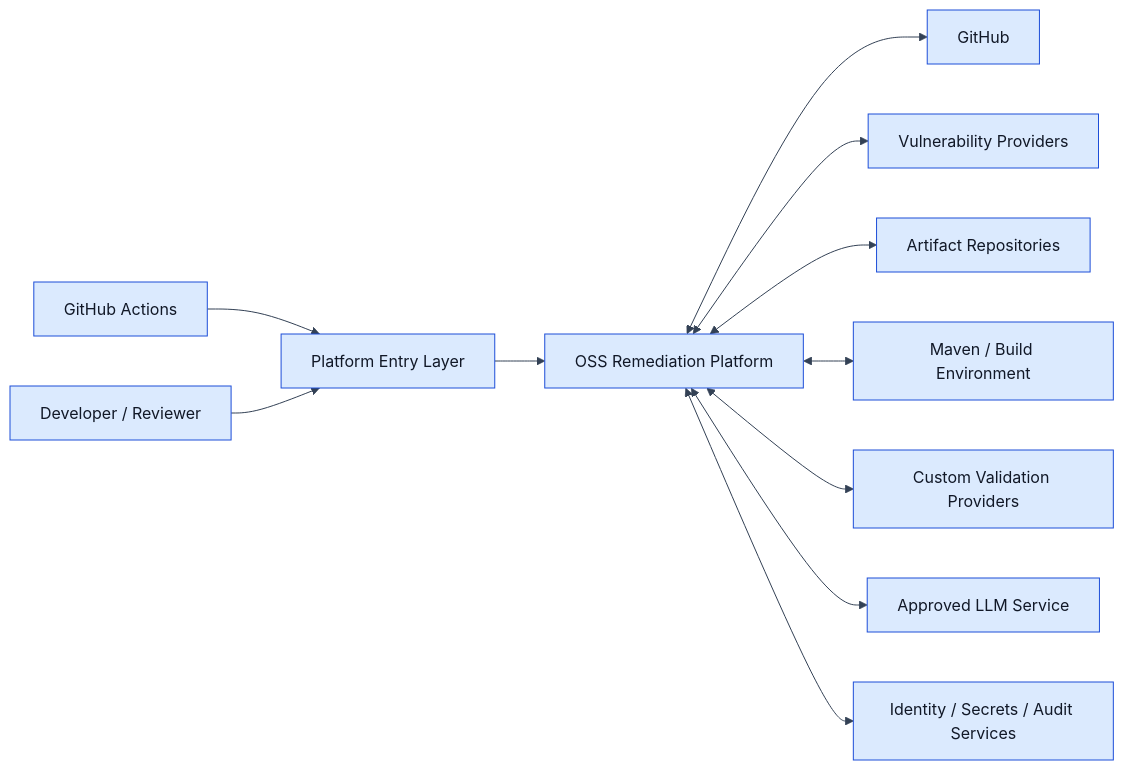
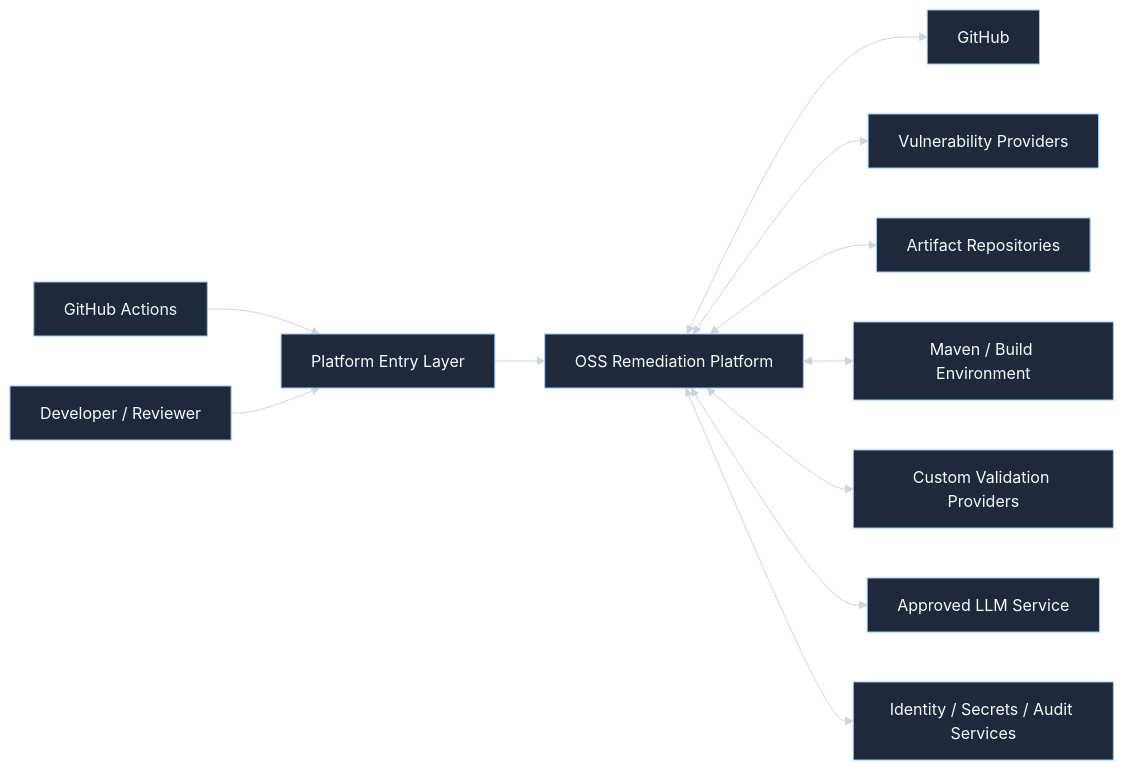
One commit to AILearner365/oss-remediation-adk changed the first of 8 diagrams in docs/04-system-architecture.md. Above: the diagram before and after it, drawn with Mermaid. The commit also changed other lines of this file, not shown here.

Commit message:
docs: fix orchestration flow and dark-mode diagram contrast

````diff
--- a/docs/04-system-architecture.md
+++ b/docs/04-system-architecture.md
@@ -62,14 +63,14 @@
 ```mermaid
-%%{init: {"theme":"base","themeVariables":{"background":"#ffffff","primaryColor":"#dbeafe","primaryTextColor":"#111827","primaryBorderColor":"#1d4ed8","secondaryColor":"#dcfce7","secondaryTextColor":"#111827","tertiaryColor":"#fef3c7","tertiaryTextColor":"#111827","lineColor":"#334155","textColor":"#111827","edgeLabelBackground":"#ffffff"}}}%%
+%%{init: {"theme":"base","themeVariables":{"background":"#0b1220","primaryColor":"#1e293b","primaryTextColor":"#f8fafc","primaryBorderColor":"#93c5fd","secondaryColor":"#243447","secondaryTextColor":"#f8fafc","secondaryBorderColor":"#a7f3d0","tertiaryColor":"#312e81","tertiaryTextColor":"#f8fafc","tertiaryBorderColor":"#c4b5fd","lineColor":"#cbd5e1","textColor":"#f8fafc","edgeLabelBackground":"#0f172a","edgeLabelTextColor":"#f8fafc"}}}%%
 flowchart LR
     CI[GitHub Actions] --> EP[Platform Entry Layer]
     USER[Developer / Reviewer] --> EP
     EP --> CORE[OSS Remediation Platform]
     CORE <--> GH[GitHub]
     CORE <--> VULN[Vulnerability Providers]
     CORE <--> ART[Artifact Repositories]
     CORE <--> BUILD[Maven / Build Environment]
     CORE <--> CUSTOM[Custom Validation Providers]
     CORE <--> LLM[Approved LLM Service]
     CORE <--> IAM[Identity / Secrets / Audit Services]
 ```
````
